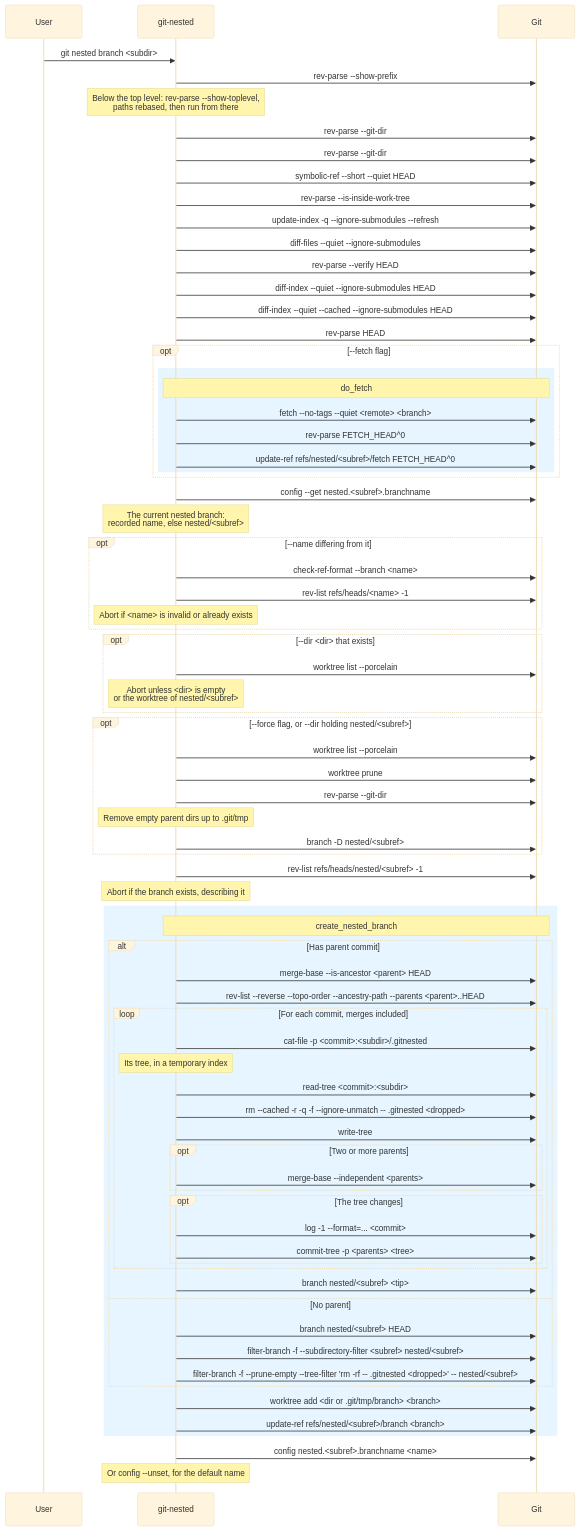
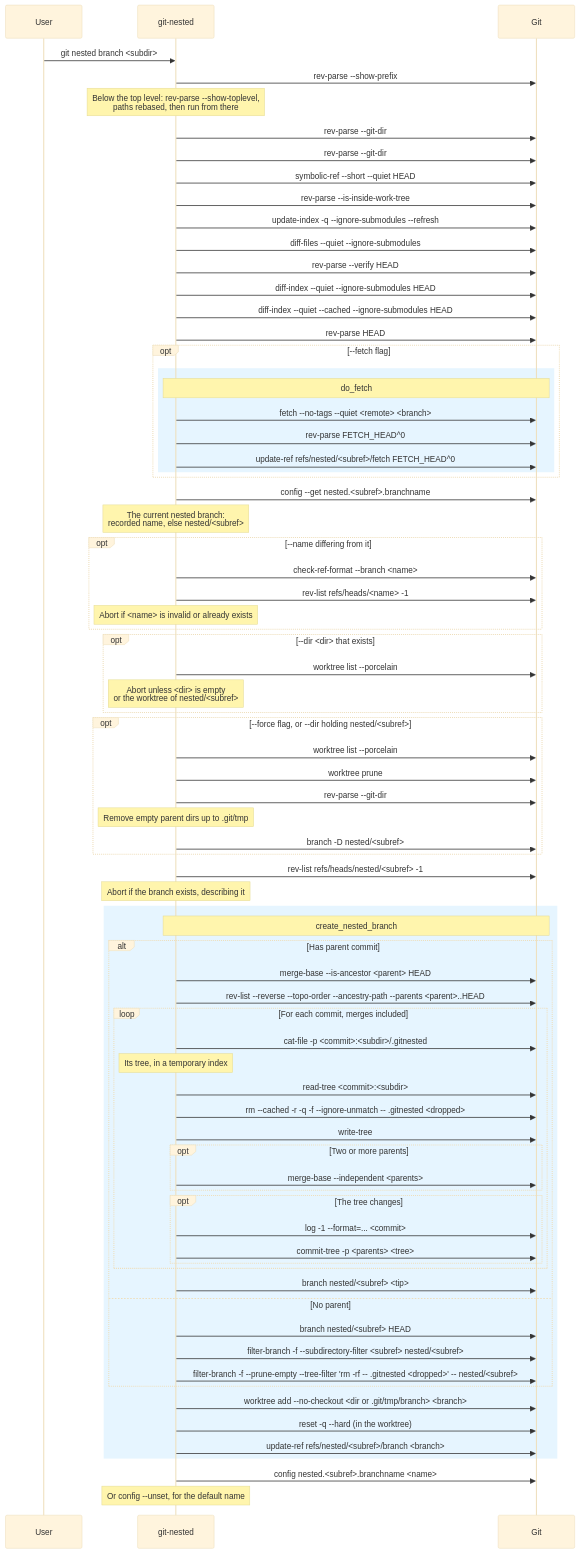
The sixth of 14 diagrams in docs/diagrams.md (thorsten-klein/git-nested), drawn with Mermaid (base theme) before and after one commit. The commit also changed other lines of this file and 3 other files, not shown here.

```diff
--- a/docs/diagrams.md
+++ b/docs/diagrams.md
@@ -414,7 +416,8 @@
             git-nested->>Git: filter-branch -f --prune-empty --tree-filter 'rm -rf -- .gitnested <dropped>' -- nested/<subref>
         end
 
-        git-nested->>Git: worktree add <dir or .git/tmp/branch> <branch>
+        git-nested->>Git: worktree add --no-checkout <dir or .git/tmp/branch> <branch>
+        git-nested->>Git: reset -q --hard (in the worktree)
         git-nested->>Git: update-ref refs/nested/<subref>/branch <branch>
     end
 
```
